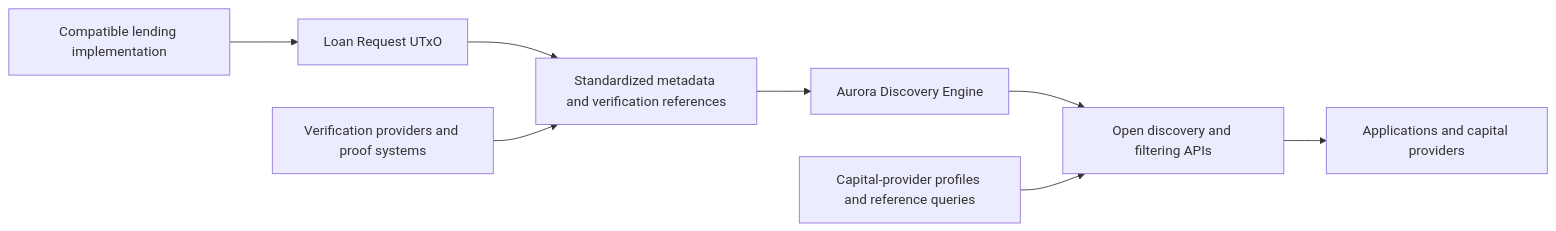
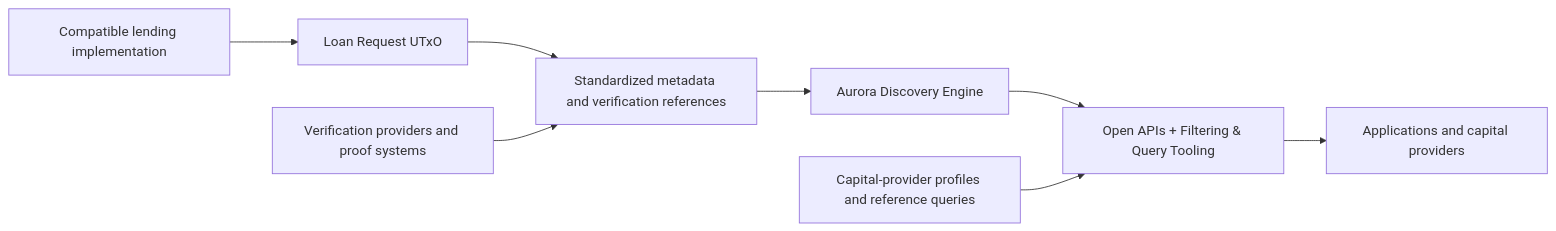
The diagram in README.md (fairway-global/cardano-aurora), drawn with Mermaid before and after one commit. The commit also changed other lines of this file, not shown here.

First line of the commit message:
Present Aurora as open credit-market infrastructure for Cardano

````diff
--- a/README.md
+++ b/README.md
@@ -61,10 +55,10 @@
 ```mermaid
 flowchart LR
     A["Compatible lending implementation"] --> B["Loan Request UTxO"]
     B --> C["Standardized metadata and verification references"]
     V["Verification providers and proof systems"] --> C
     C --> D["Aurora Discovery Engine"]
-    D --> E["Open discovery and filtering APIs"]
+    D --> E["Open APIs + Filtering & Query Tooling"]
     P["Capital-provider profiles and reference queries"] --> E
     E --> F["Applications and capital providers"]
 ```
````
